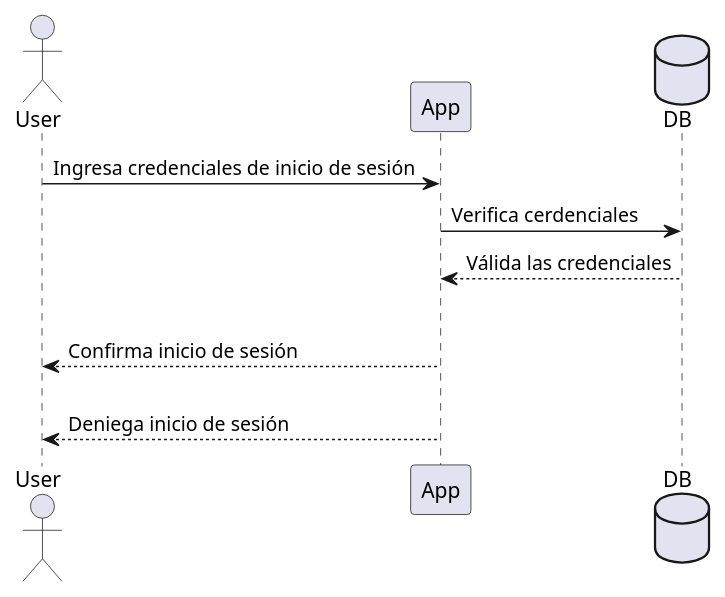
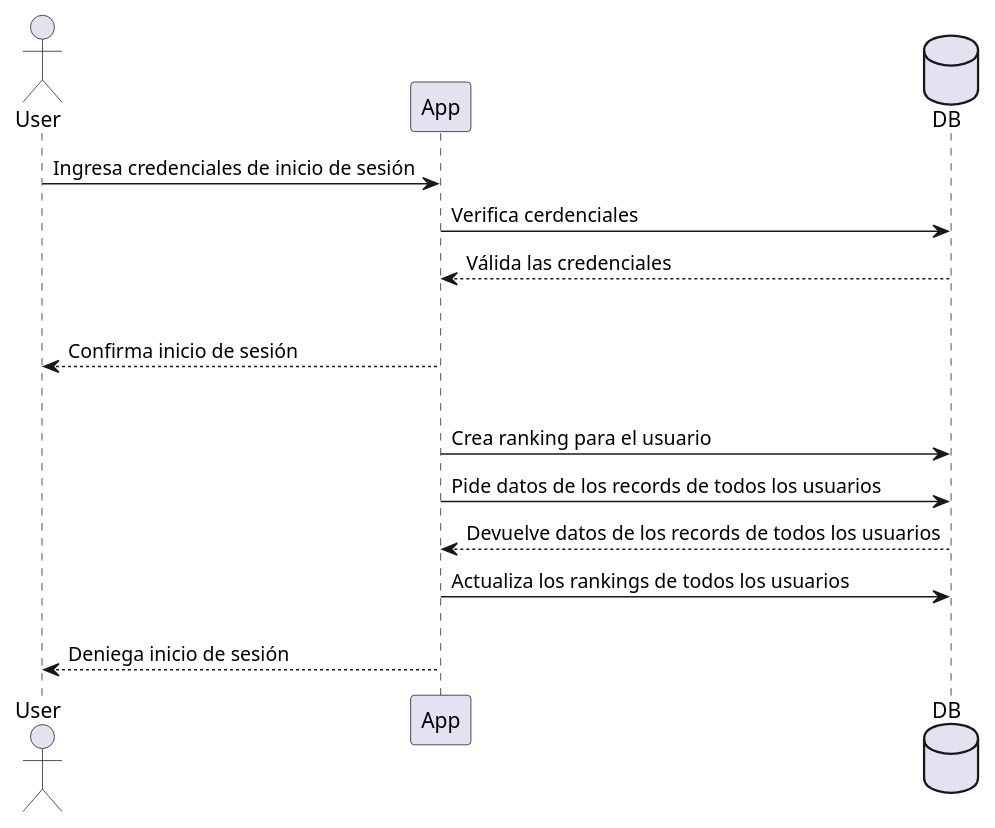
Before and after one commit to Arquisoft/wiq_es6b: the second of 9 diagrams in docs/src/06_runtime_view.adoc, drawn with PlantUML. The commit also changed other lines of this file and 1 other file, not shown here.

```diff
--- a/docs/src/06_runtime_view.adoc
+++ b/docs/src/06_runtime_view.adoc
@@ -29,14 +29,19 @@
 [plantuml,"Sequence diagram",png]
 ----
 actor User
 participant App
 database DB
 
 User -> App: Ingresa credenciales de inicio de sesión
 App -> DB: Verifica cerdenciales
 App <-- DB: Válida las credenciales
 alt credenciales válidas
     User <-- App:  Confirma inicio de sesión
+    alt usuario que nunca habia iniciado sesion
+        App -> DB: Crea ranking para el usuario
+    App -> DB: Pide datos de los records de todos los usuarios
+    App <-- DB: Devuelve datos de los records de todos los usuarios
+    App -> DB: Actualiza los rankings de todos los usuarios
 else credenciales inválidas
     User <-- App:  Deniega inicio de sesión
 ----
```
